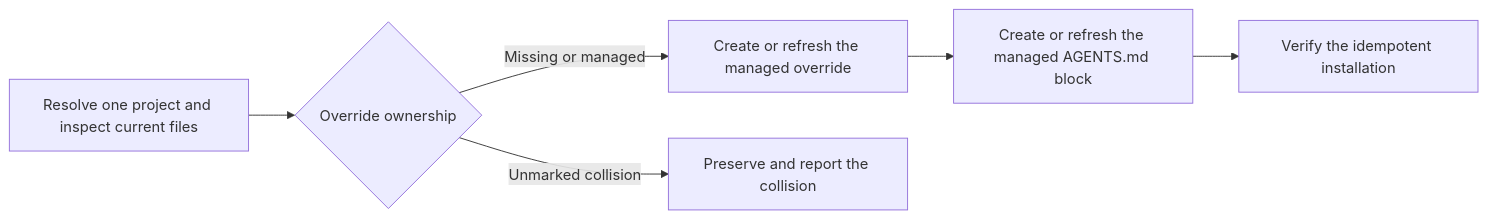
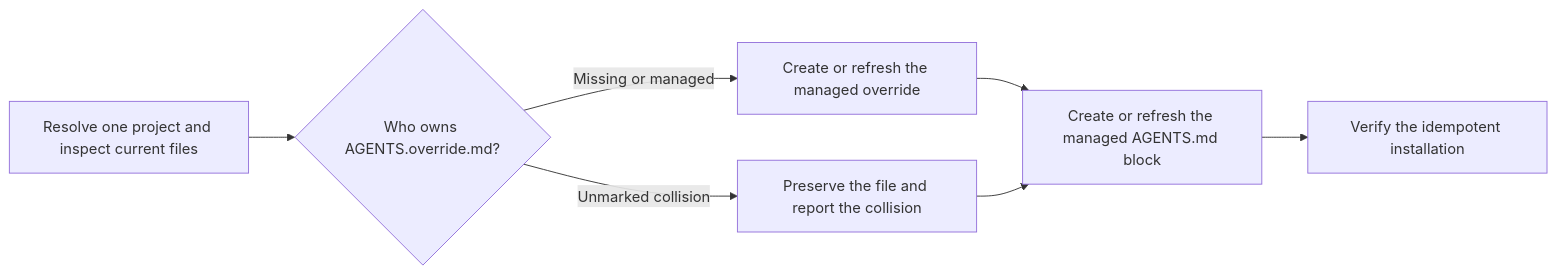
Before and after one commit to fam-tung-lam/ptlam-agent-plugin: the diagram in plugin/skills/ptlam-setup/SKILL.md, drawn with Mermaid. The commit also changed 60 other files, not shown here.

First line of the commit message:
refactor(skills): make skill instructions diagram-first

````diff
--- a/plugin/skills/ptlam-setup/SKILL.md
+++ b/plugin/skills/ptlam-setup/SKILL.md
@@ -14,8 +14,9 @@
 ```mermaid
 flowchart LR
-    A[Resolve one project and inspect current files] --> B{Override ownership}
-    B -- Missing or managed --> C[Create or refresh the managed override]
-    B -- Unmarked collision --> D[Preserve and report the collision]
-    C --> E[Create or refresh the managed AGENTS.md block]
-    E --> F[Verify the idempotent installation]
+    InspectProject["Resolve one project and inspect current files"] --> OverrideOwner{"Who owns AGENTS.override.md?"}
+    OverrideOwner -->|"Missing or managed"| RefreshOverride["Create or refresh the managed override"]
+    OverrideOwner -->|"Unmarked collision"| PreserveOverride["Preserve the file and report the collision"]
+    RefreshOverride --> LinkFromAgents["Create or refresh the managed AGENTS.md block"]
+    PreserveOverride --> LinkFromAgents
+    LinkFromAgents --> VerifyInstallation["Verify the idempotent installation"]
 ```
````
